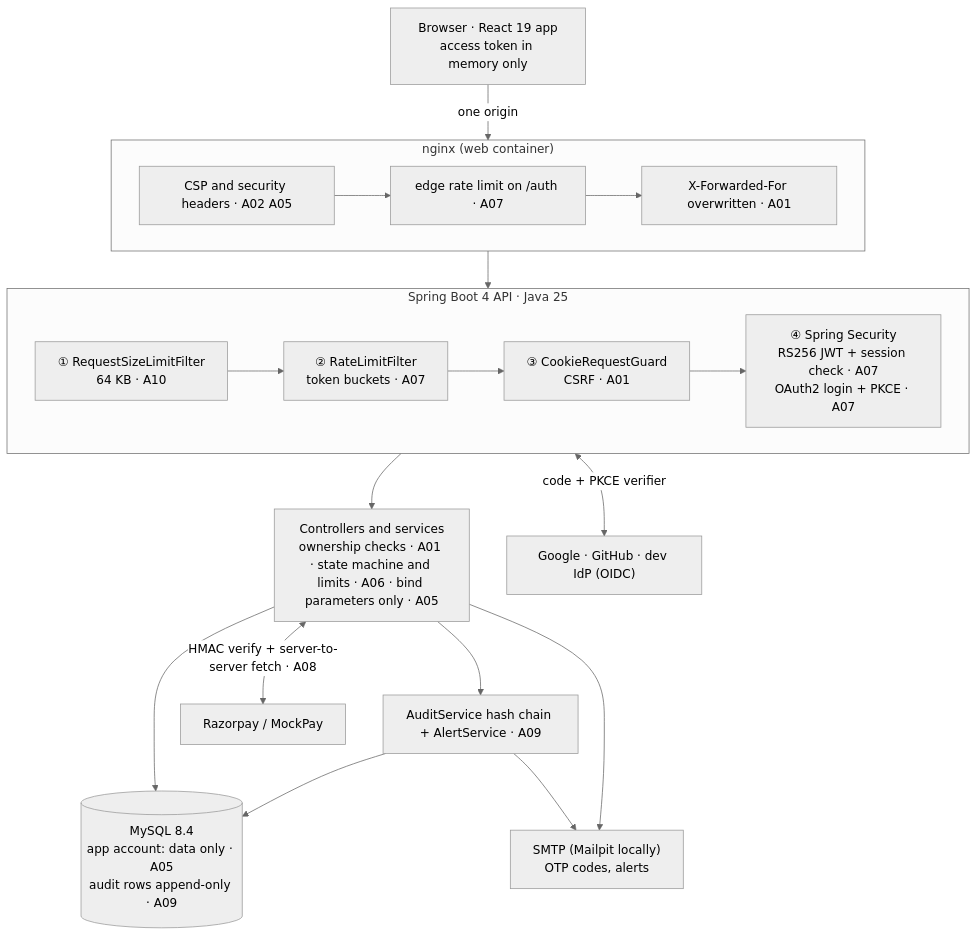
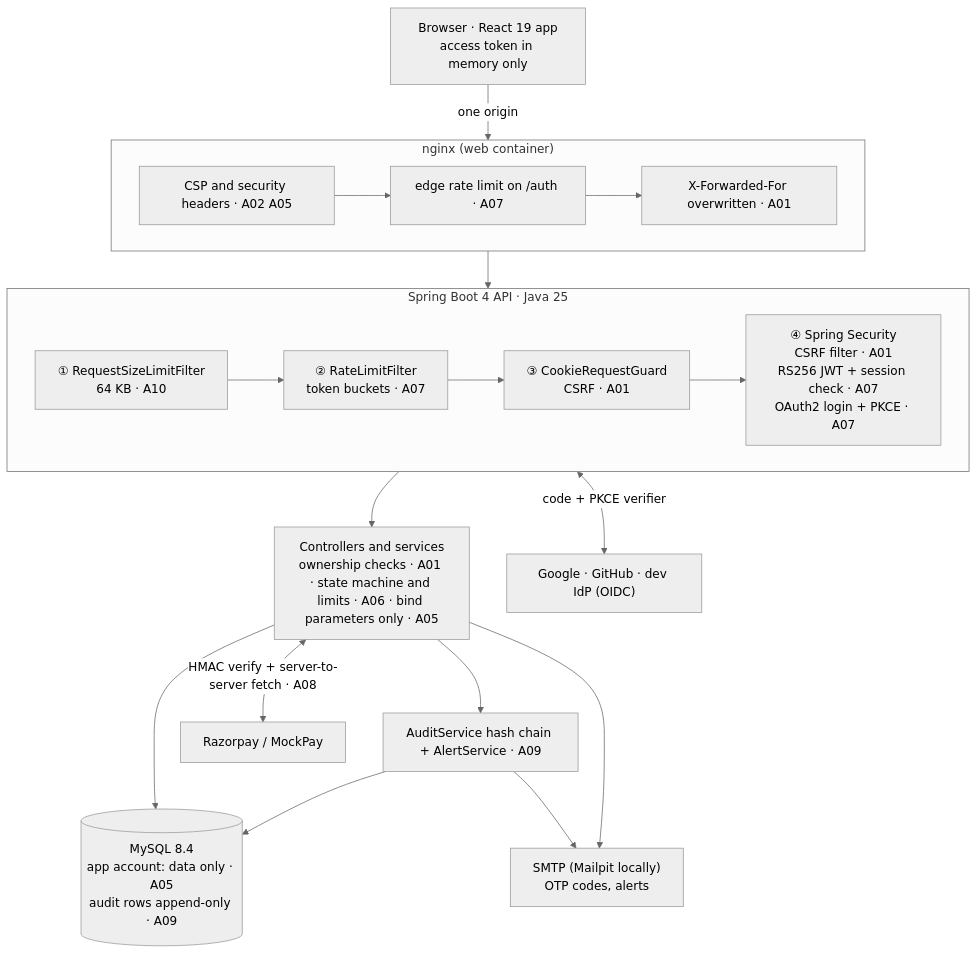
The first of 7 diagrams in README.md (14harshaldhote/ShopSpring-JWT-React-MySQL), drawn with Mermaid (neutral theme) before and after one commit. The commit also changed other lines of this file and 12 other files, not shown here.

First line of the commit message:
Keep Spring's CSRF filter on for the API without breaking sign-in

````diff
--- a/README.md
+++ b/README.md
@@ -102,32 +102,32 @@
 ```mermaid
 flowchart TB
     SPA["Browser · React 19 app<br/>access token in memory only"]
 
     subgraph WEB["nginx (web container)"]
         direction LR
         N1["CSP and security headers · A02 A05"] --> N2["edge rate limit on /auth · A07"] --> N3["X-Forwarded-For overwritten · A01"]
     end
 
     subgraph API["Spring Boot 4 API · Java 25"]
         direction LR
-        F1["① RequestSizeLimitFilter<br/>64 KB · A10"] --> F2["② RateLimitFilter<br/>token buckets · A07"] --> F3["③ CookieRequestGuard<br/>CSRF · A01"] --> F4["④ Spring Security<br/>RS256 JWT + session check · A07<br/>OAuth2 login + PKCE · A07"]
+        F1["① RequestSizeLimitFilter<br/>64 KB · A10"] --> F2["② RateLimitFilter<br/>token buckets · A07"] --> F3["③ CookieRequestGuard<br/>CSRF · A01"] --> F4["④ Spring Security<br/>CSRF filter · A01<br/>RS256 JWT + session check · A07<br/>OAuth2 login + PKCE · A07"]
     end
 
     SVC["Controllers and services<br/>ownership checks · A01 · state machine and limits · A06 · bind parameters only · A05"]
     AUD["AuditService hash chain + AlertService · A09"]
     DB[("MySQL 8.4<br/>app account: data only · A05<br/>audit rows append-only · A09")]
     MAIL["SMTP (Mailpit locally)<br/>OTP codes, alerts"]
     IDP["Google · GitHub · dev IdP (OIDC)"]
     PAY["Razorpay / MockPay"]
 
     SPA -- "one origin" --> WEB
     WEB --> API
     F4 --> SVC
     SVC --> AUD
     SVC --> DB
     AUD --> DB
     AUD --> MAIL
     SVC --> MAIL
     F4 <-- "code + PKCE verifier" --> IDP
     SVC <-- "HMAC verify + server-to-server fetch · A08" --> PAY
 ```
````
